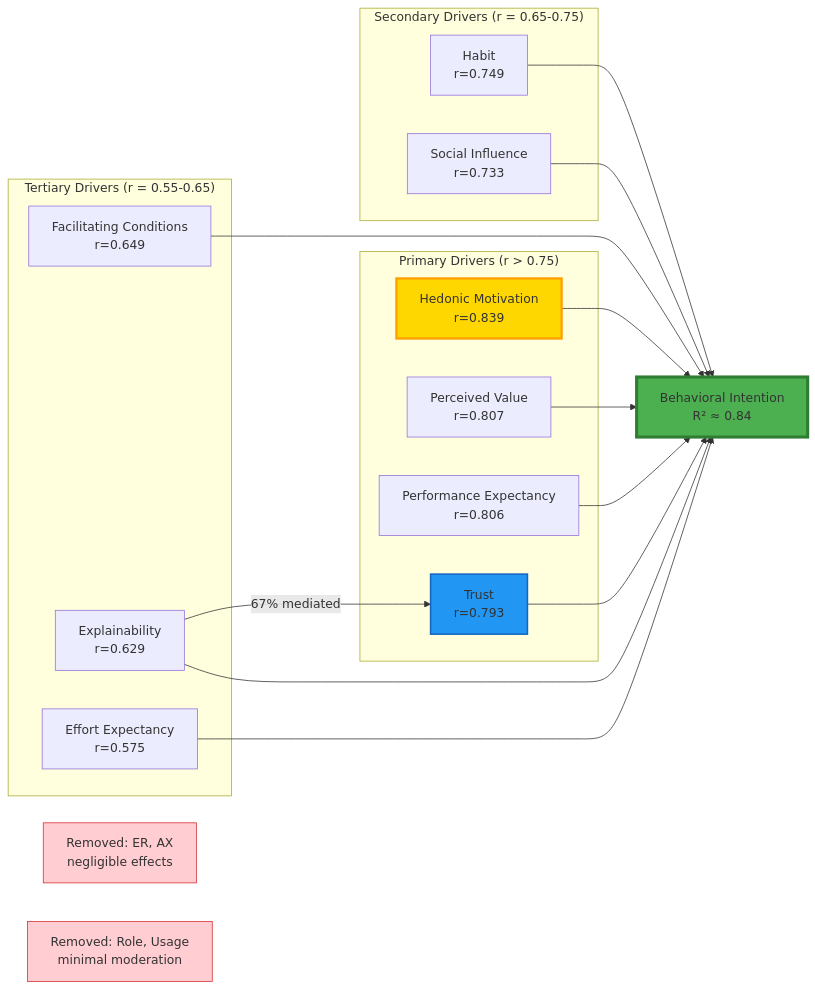
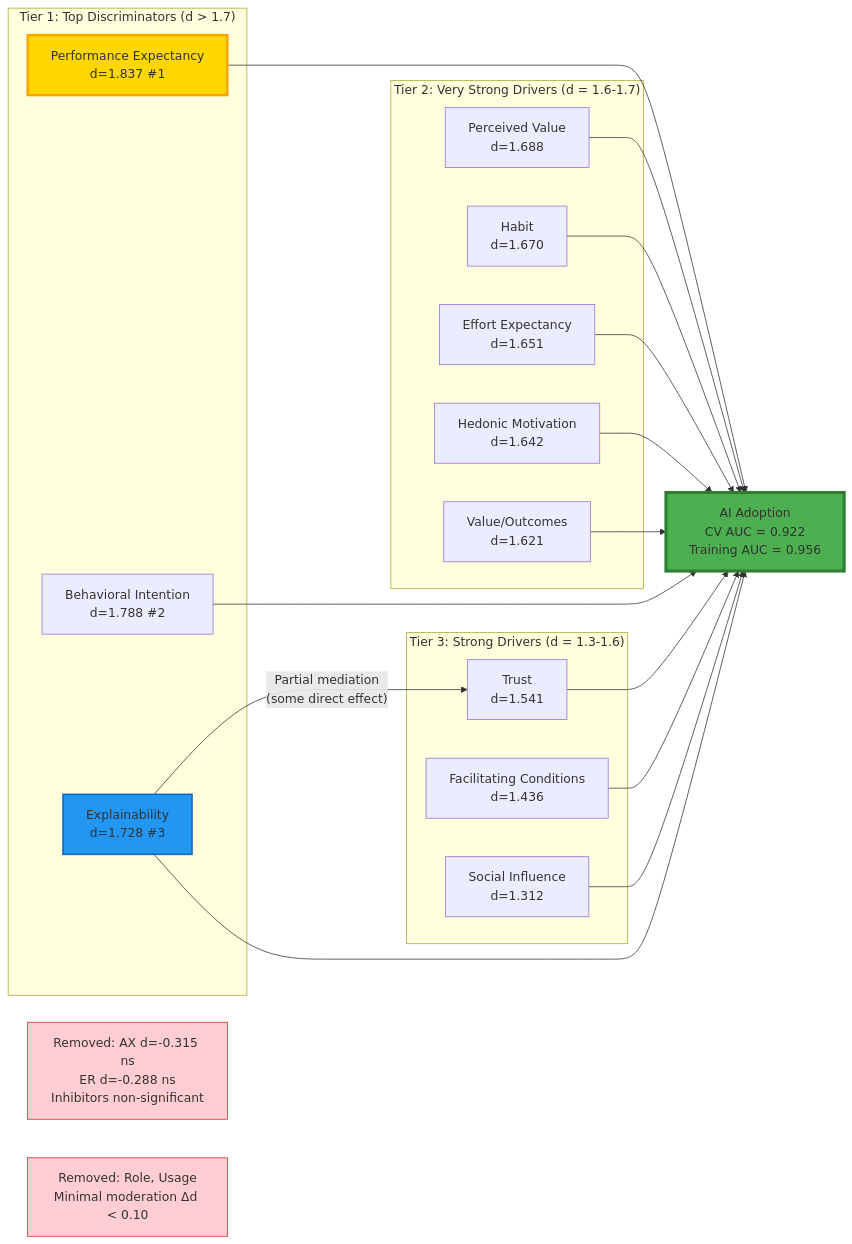
The seventh of 7 diagrams in DISSERTATION_MODEL_EVALUATION.md (fabioc-aloha/AIRS_Data_Analysis), drawn with Mermaid before and after one commit. The commit also changed other lines of this file and 9 other files, not shown here.

````diff
--- a/DISSERTATION_MODEL_EVALUATION.md
+++ b/DISSERTATION_MODEL_EVALUATION.md
@@ -355,42 +472,46 @@
 ```mermaid
 graph LR
-    subgraph "Primary Drivers (r > 0.75)"
-        HM[Hedonic Motivation<br/>r=0.839]
-        PV[Perceived Value<br/>r=0.807]
-        PE[Performance Expectancy<br/>r=0.806]
-        TR[Trust<br/>r=0.793]
+    subgraph "Tier 1: Top Discriminators (d > 1.7)"
+        PE[Performance Expectancy<br/>d=1.837 #1]
+        BI[Behavioral Intention<br/>d=1.788 #2]
+        EX[Explainability<br/>d=1.728 #3]
     end
 
-    subgraph "Secondary Drivers (r = 0.65-0.75)"
-        HB[Habit<br/>r=0.749]
-        SI[Social Influence<br/>r=0.733]
+    subgraph "Tier 2: Very Strong Drivers (d = 1.6-1.7)"
+        PV[Perceived Value<br/>d=1.688]
+        HB[Habit<br/>d=1.670]
+        EE[Effort Expectancy<br/>d=1.651]
+        HM[Hedonic Motivation<br/>d=1.642]
+        VO[Value/Outcomes<br/>d=1.621]
     end
 
-    subgraph "Tertiary Drivers (r = 0.55-0.65)"
-        FC[Facilitating Conditions<br/>r=0.649]
-        EX[Explainability<br/>r=0.629]
-        EE[Effort Expectancy<br/>r=0.575]
+    subgraph "Tier 3: Strong Drivers (d = 1.3-1.6)"
+        TR[Trust<br/>d=1.541]
+        FC[Facilitating Conditions<br/>d=1.436]
+        SI[Social Influence<br/>d=1.312]
     end
 
-    EX -->|"67% mediated"| TR
+    EX -->|"Partial mediation<br/>(some direct effect)"| TR
 
-    HM --> BI[Behavioral Intention<br/>R² ≈ 0.84]
-    PV --> BI
-    PE --> BI
-    TR --> BI
-    HB --> BI
-    SI --> BI
-    FC --> BI
-    EX --> BI
-    EE --> BI
+    PE --> ADOPT[AI Adoption<br/>CV AUC = 0.922<br/>Training AUC = 0.956]
+    BI --> ADOPT
+    EX --> ADOPT
+    PV --> ADOPT
+    HB --> ADOPT
+    EE --> ADOPT
+    HM --> ADOPT
+    TR --> ADOPT
+    VO --> ADOPT
+    SI --> ADOPT
+    FC --> ADOPT
 
-    style BI fill:#4CAF50,stroke:#2E7D32,stroke-width:4px
-    style HM fill:#FFD700,stroke:#FFA000,stroke-width:3px
-    style TR fill:#2196F3,stroke:#1565C0,stroke-width:2px
+    style ADOPT fill:#4CAF50,stroke:#2E7D32,stroke-width:4px
+    style PE fill:#FFD700,stroke:#FFA000,stroke-width:3px
+    style EX fill:#2196F3,stroke:#1565C0,stroke-width:2px
 
-    note1[Removed: ER, AX<br/>negligible effects]
-    note2[Removed: Role, Usage<br/>minimal moderation]
+    note1[Removed: AX d=-0.315 ns<br/>ER d=-0.288 ns<br/>Inhibitors non-significant]
+    note2[Removed: Role, Usage<br/>Minimal moderation Δd < 0.10]
 
     style note1 fill:#FFCDD2,stroke:#D32F2F
     style note2 fill:#FFCDD2,stroke:#D32F2F
 ```
````
